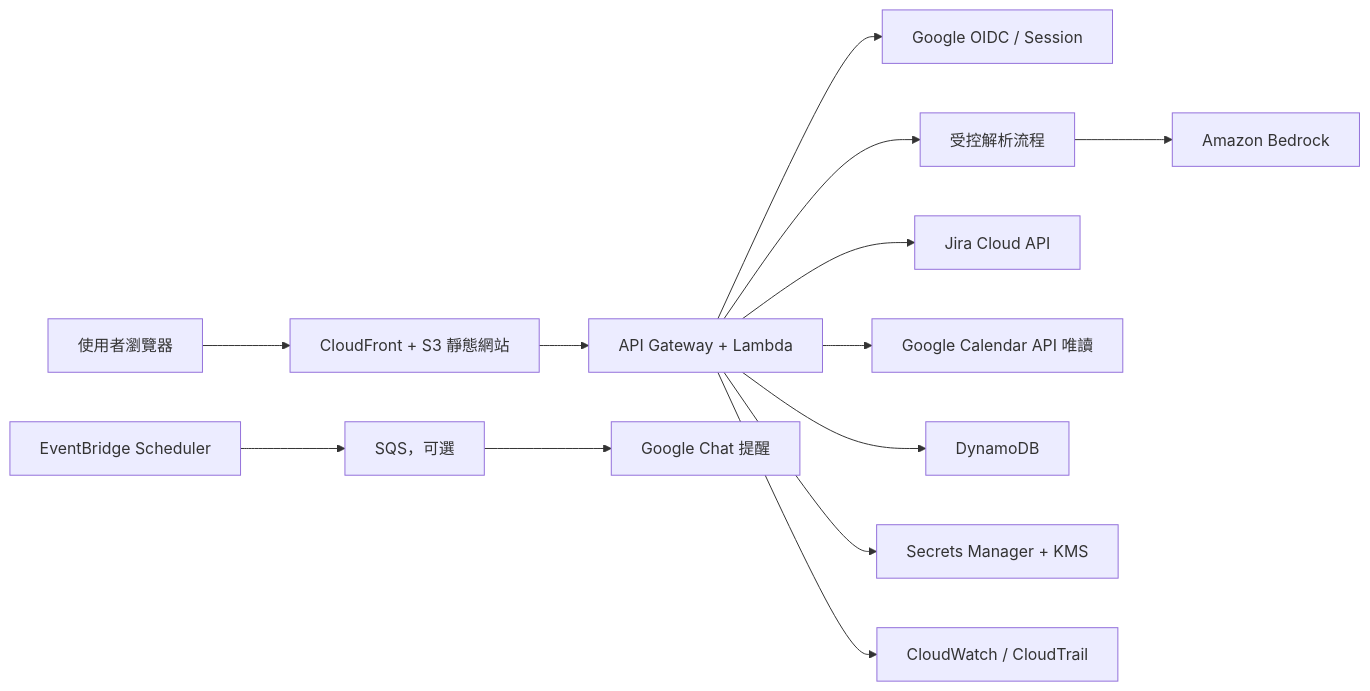
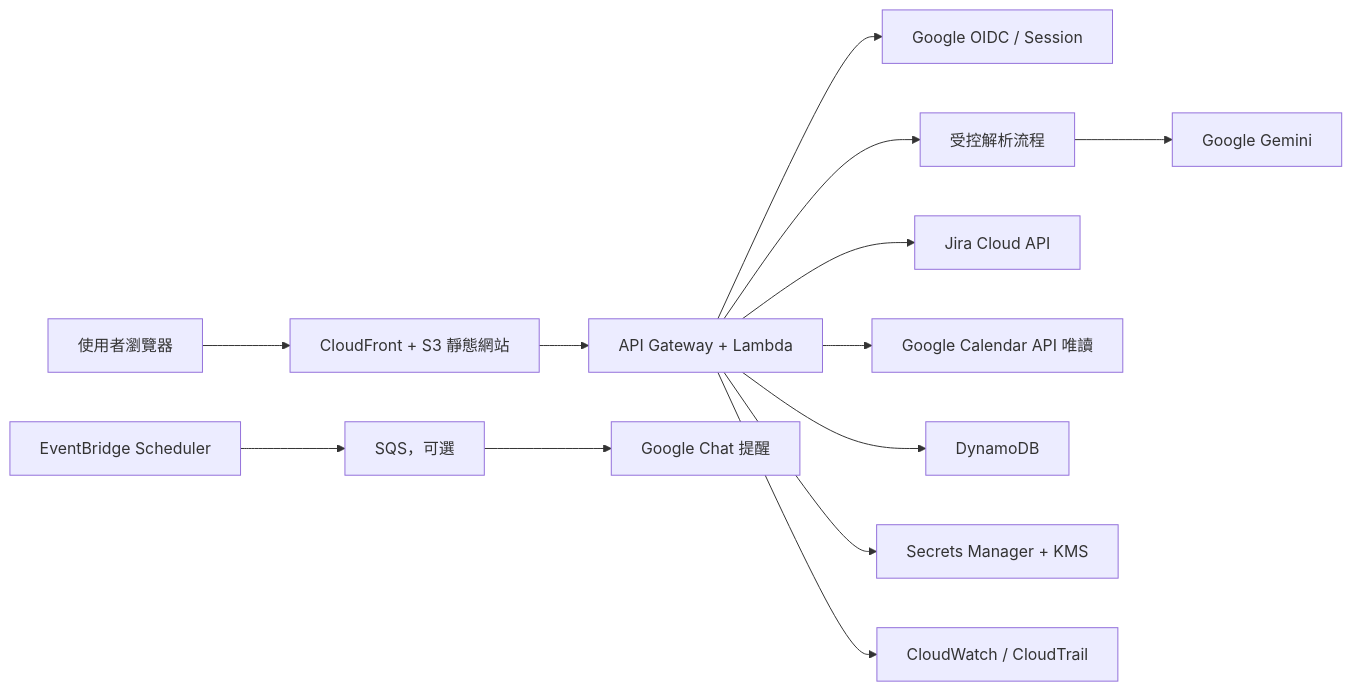
Before and after one commit to yyyxi18/NL-agent: the second of 2 diagrams in README.md, drawn with Mermaid. The commit also changed other lines of this file and 4 other files, not shown here.

````diff
--- a/README.md
+++ b/README.md
@@ -47,15 +47,15 @@
 ```mermaid
 flowchart LR
   User[使用者瀏覽器] --> Web[CloudFront + S3 靜態網站]
   Web --> API[API Gateway + Lambda]
   API --> Auth[Google OIDC / Session]
   API --> Agent[受控解析流程]
-  Agent --> Bedrock[Amazon Bedrock]
+  Agent --> Gemini[Google Gemini]
   API --> Jira[Jira Cloud API]
   API --> Calendar[Google Calendar API 唯讀]
   API --> DB[DynamoDB]
   API --> Secrets[Secrets Manager + KMS]
   Scheduler[EventBridge Scheduler] --> Queue[SQS，可選]
   Queue --> Notify[Google Chat 提醒]
   API --> Logs[CloudWatch / CloudTrail]
 ```
````
